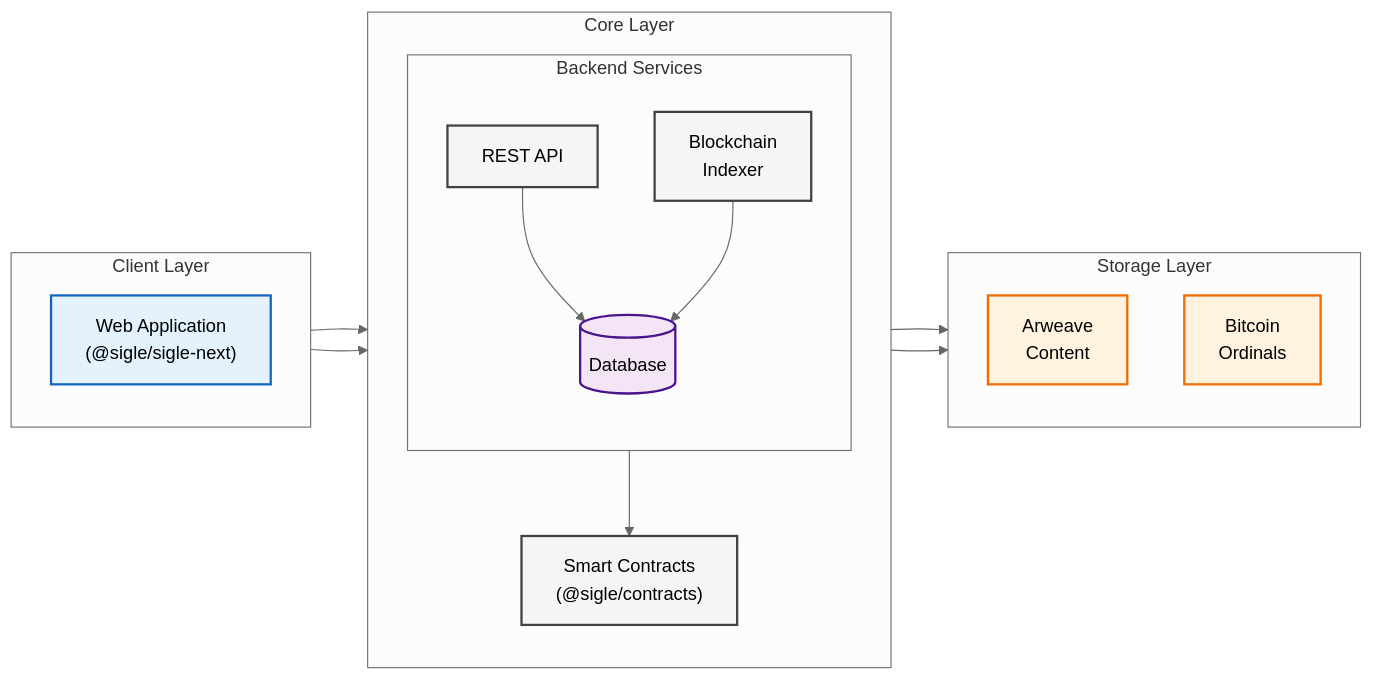
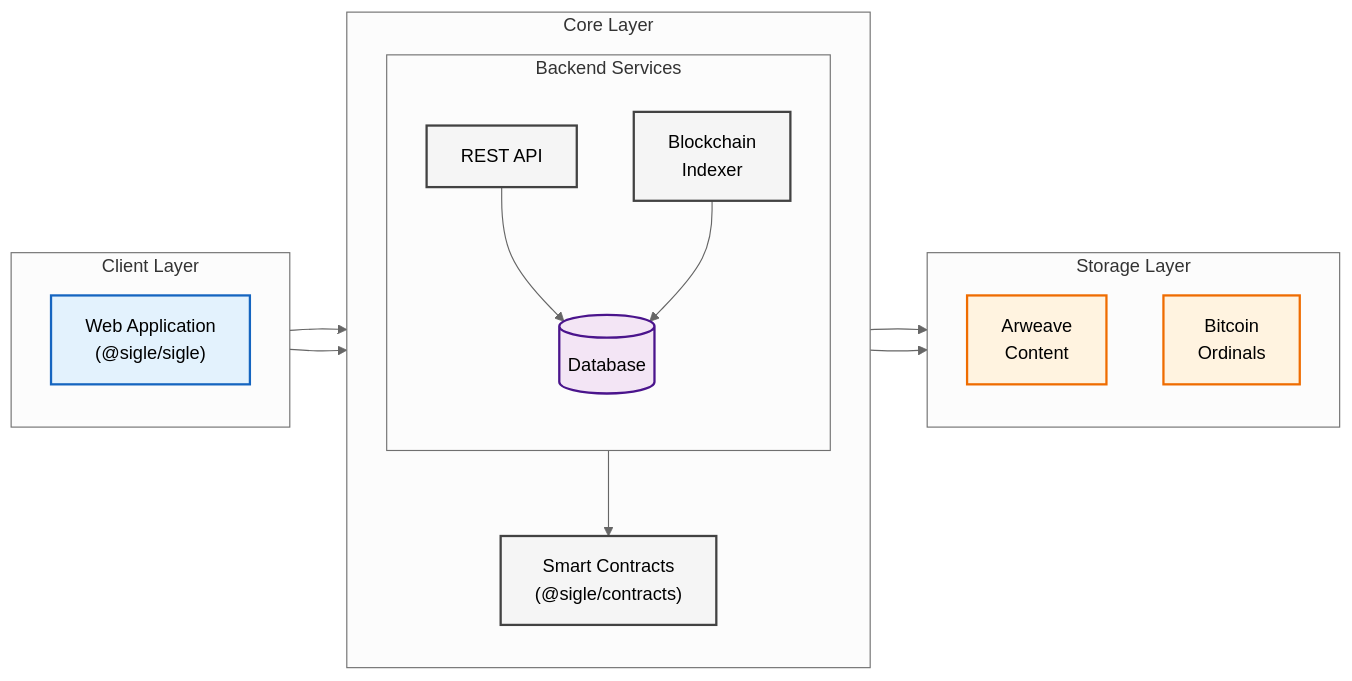
The diagram in apps/docs/src/content/architecture.mdx (sigle/sigle), drawn with Mermaid (neutral theme) before and after one commit. The commit also changed other lines of this file and 175 other files, not shown here.

Commit message:
chore: change sigle-next folder to sigle (#1115)

````diff
--- a/apps/docs/src/content/architecture.mdx
+++ b/apps/docs/src/content/architecture.mdx
@@ -12,49 +12,49 @@
 ```mermaid
 flowchart LR
     %% Define core application components
     subgraph Client[" Client Layer "]
         direction TB
-        UI["Web Application<br/>(@sigle/sigle-next)"]
+        UI["Web Application<br/>(@sigle/sigle)"]
     end
 
     subgraph Core[" Core Layer "]
         direction TB
         Contracts["Smart Contracts<br/>(@sigle/contracts)"]
 
         subgraph Backend[" Backend Services "]
             direction TB
             API["REST API"]
             Indexer["Blockchain<br/>Indexer"]
             DB[(Database)]
         end
     end
 
     %% Define external storage systems
     subgraph Storage[" Storage Layer "]
         direction TB
         Arweave["Arweave<br/>Content"]
         Ordinals["Bitcoin<br/>Ordinals"]
     end
 
     %% Define connections
     UI --> Contracts
     UI --> API
 
     API --> DB
     Indexer --> DB
 
     Indexer --> Contracts
     Indexer --> Arweave
     Indexer --> Ordinals
 
     %% Styling
     classDef client fill:#e3f2fd,stroke:#1565c0,stroke-width:2px
     classDef core fill:#f5f5f5,stroke:#424242,stroke-width:2px
     classDef storage fill:#fff3e0,stroke:#ef6c00,stroke-width:2px
     classDef database fill:#f3e5f5,stroke:#4a148c,stroke-width:2px
 
     class UI client
     class Contracts,API,Indexer core
     class Arweave,Ordinals storage
     class DB database
 ```
````
